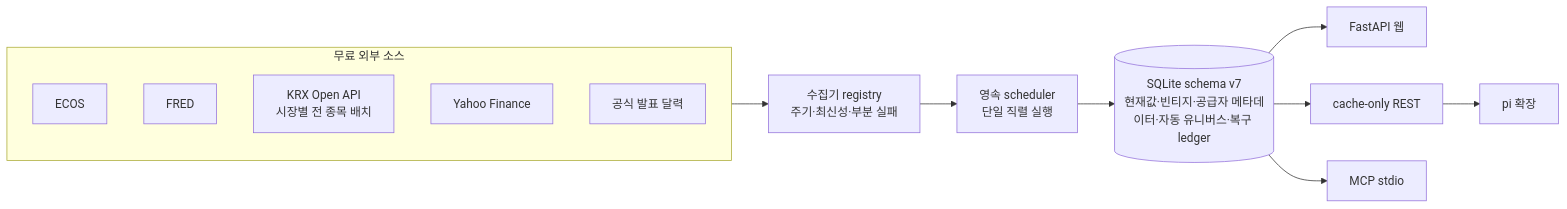
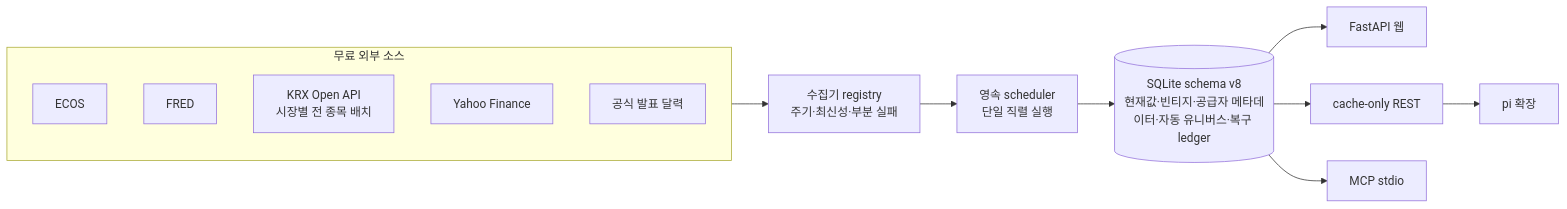
Before and after one commit to neutrospec/pi-money: the first of 2 diagrams in docs/architecture/README.md, drawn with Mermaid. The commit also changed other lines of this file and 16 other files, not shown here.

````diff
--- a/docs/architecture/README.md
+++ b/docs/architecture/README.md
@@ -5,23 +5,23 @@
 ```mermaid
 flowchart LR
     subgraph Sources[무료 외부 소스]
         ECOS[ECOS]
         FRED[FRED]
         KRX[KRX Open API<br/>시장별 전 종목 배치]
         Yahoo[Yahoo Finance]
         Calendar[공식 발표 달력]
     end
 
     Registry[수집기 registry<br/>주기·최신성·부분 실패]
     Scheduler[영속 scheduler<br/>단일 직렬 실행]
-    SQLite[(SQLite schema v7<br/>현재값·빈티지·공급자 메타데이터·자동 유니버스·복구 ledger)]
+    SQLite[(SQLite schema v8<br/>현재값·빈티지·공급자 메타데이터·자동 유니버스·복구 ledger)]
     Web[FastAPI 웹]
     REST[cache-only REST]
     MCP[MCP stdio]
     Pi[pi 확장]
 
     Sources --> Registry --> Scheduler --> SQLite
     SQLite --> Web
     SQLite --> REST --> Pi
     SQLite --> MCP
 ```
````
